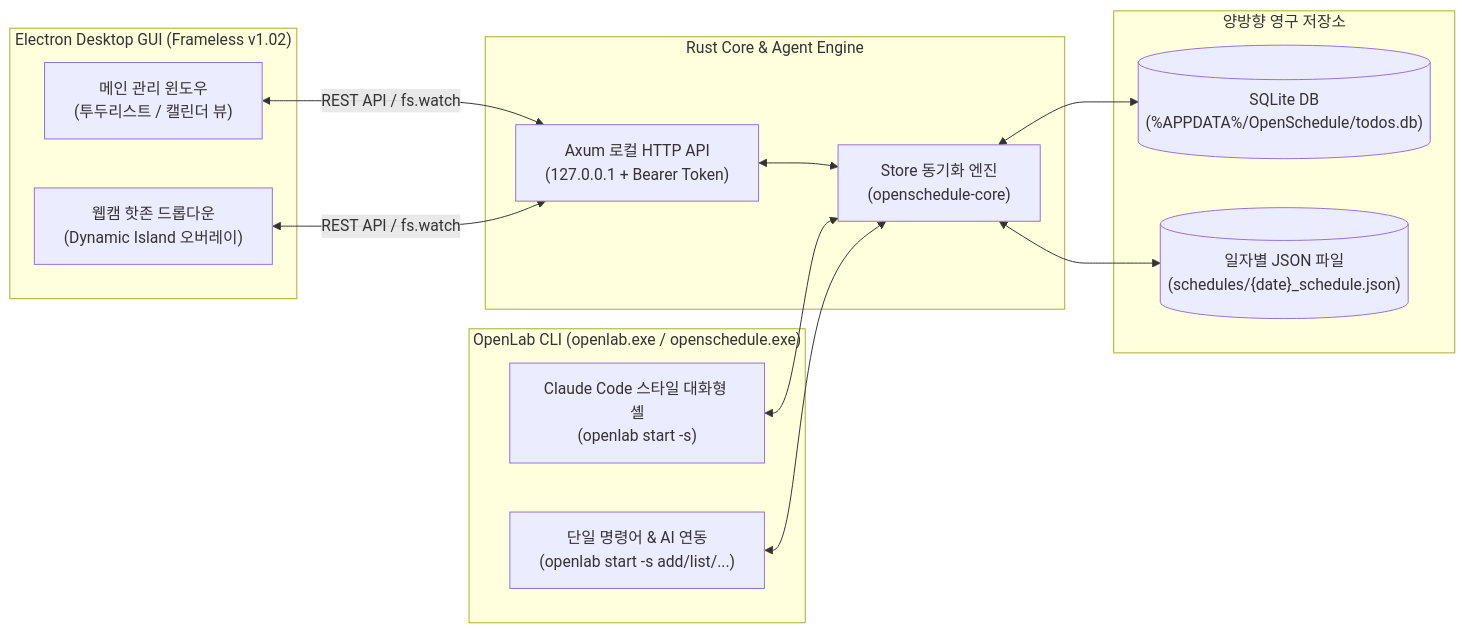
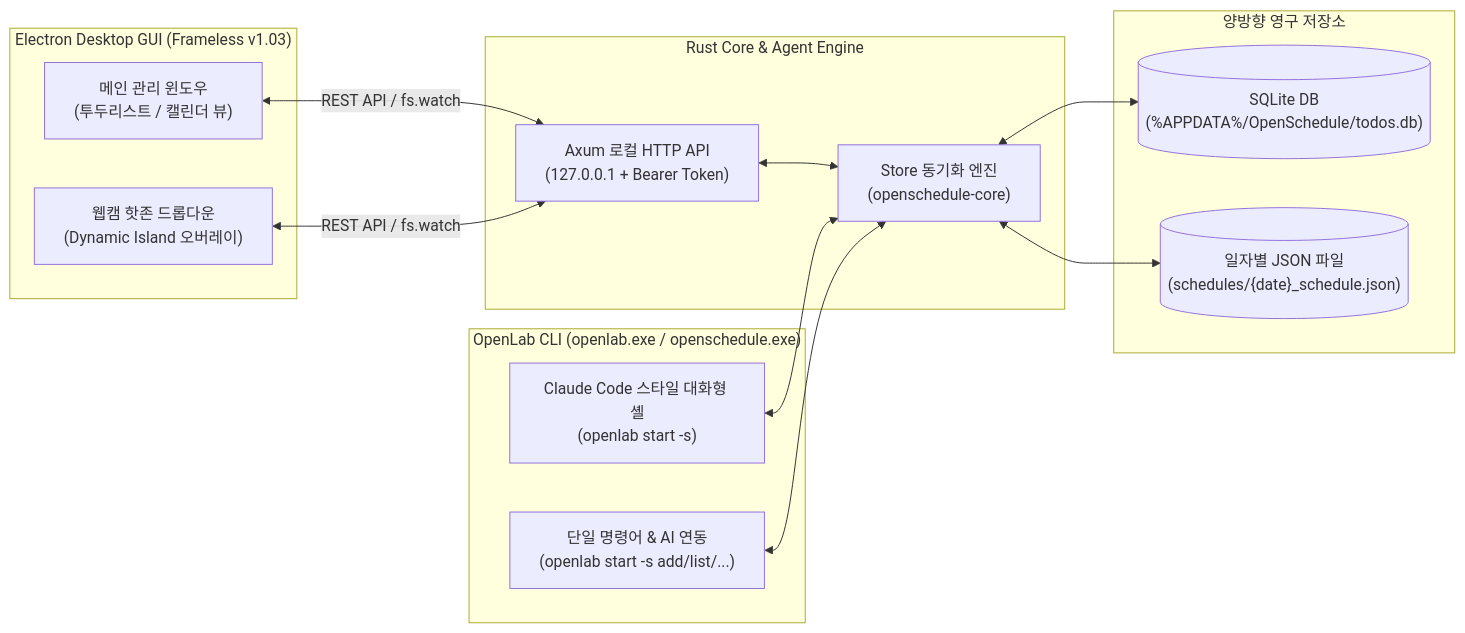
Before and after one commit to ksh6940/Open-Schdule: the diagram in README.md, drawn with Mermaid. The commit also changed other lines of this file and 18 other files, not shown here.

````diff
--- a/README.md
+++ b/README.md
@@ -52,30 +54,30 @@
 ```mermaid
 flowchart LR
-    subgraph Frontend["Electron Desktop GUI (Frameless v1.02)"]
+    subgraph Frontend["Electron Desktop GUI (Frameless v1.03)"]
         MainWin["메인 관리 윈도우\n(투두리스트 / 캘린더 뷰)"]
         OverlayWin["웹캠 핫존 드롭다운\n(Dynamic Island 오버레이)"]
     end
 
     subgraph CLI["OpenLab CLI (openlab.exe / openschedule.exe)"]
         InteractiveCLI["Claude Code 스타일 대화형 셸\n(openlab start -s)"]
         OneShotCLI["단일 명령어 & AI 연동\n(openlab start -s add/list/...)"]
     end
 
     subgraph Backend["Rust Core & Agent Engine"]
         AxumAPI["Axum 로컬 HTTP API\n(127.0.0.1 + Bearer Token)"]
         StoreEngine["Store 동기화 엔진\n(openschedule-core)"]
     end
 
     subgraph Storage["양방향 영구 저장소"]
         SQLite[("SQLite DB\n(%APPDATA%/OpenSchedule/todos.db)")]
         DateJSON[("일자별 JSON 파일\n(schedules/{date}_schedule.json)")]
     end
 
     MainWin <-->|"REST API / fs.watch"| AxumAPI
     OverlayWin <-->|"REST API / fs.watch"| AxumAPI
     AxumAPI <--> StoreEngine
     InteractiveCLI <--> StoreEngine
     OneShotCLI <--> StoreEngine
     StoreEngine <--> SQLite
     StoreEngine <--> DateJSON
 ```
````
